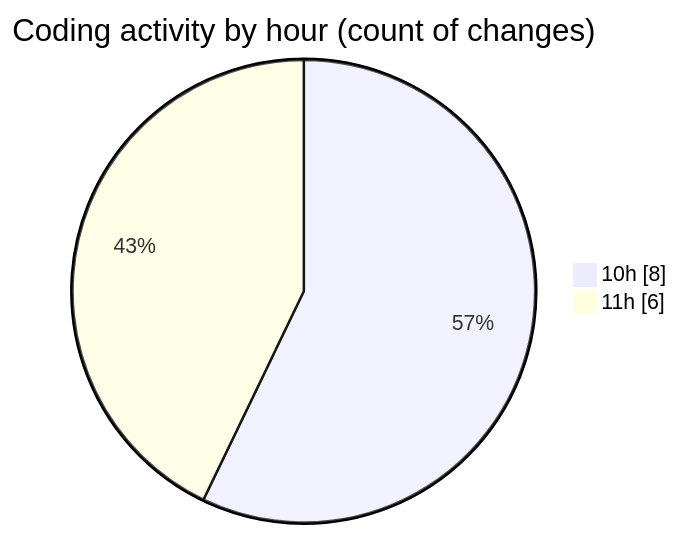
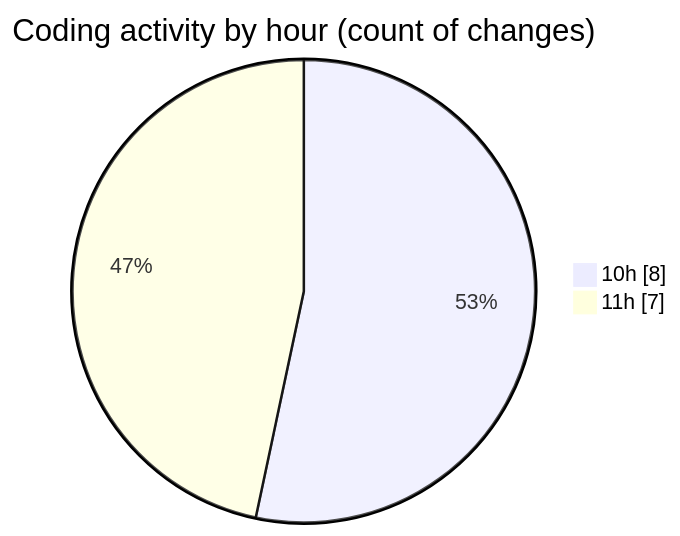
One commit to igalym/code-tracking changed the second of 2 diagrams in 2025-12-30/budget_front_nest/README.md. Above: the diagram before and after it, drawn with Mermaid. The commit also changed other lines of this file and 1 other file, not shown here.

````diff
--- a/2025-12-30/budget_front_nest/README.md
+++ b/2025-12-30/budget_front_nest/README.md
@@ -35,6 +36,6 @@
 ```mermaid
 pie showData
 title Coding activity by hour (count of changes)
 "10h" : 8
-"11h" : 6
+"11h" : 7
 ```
````
